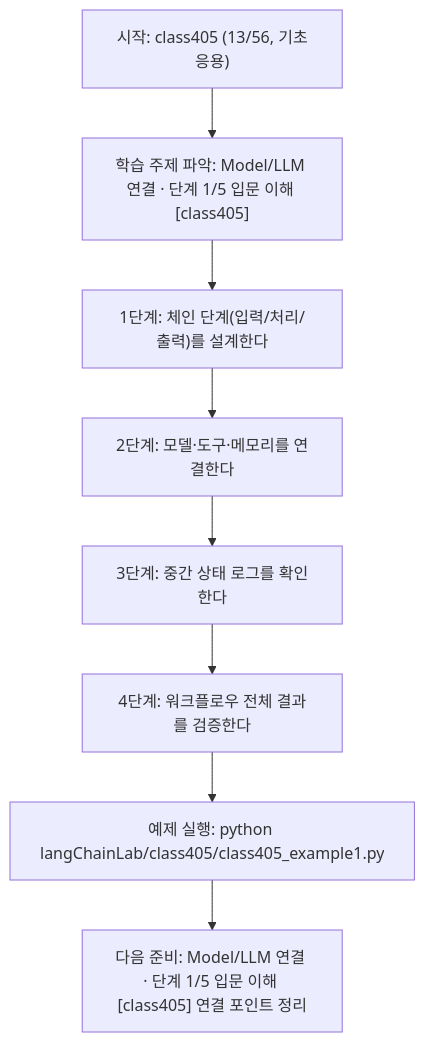
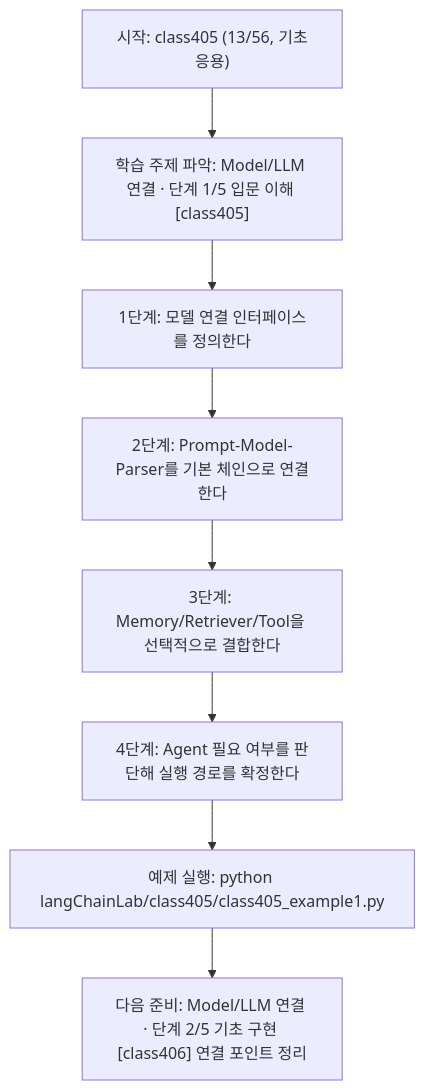
The diagram in langChainLab/class405/class405.md (edumgt/Python-AI_Agent-Class), drawn with Mermaid before and after one commit. The commit also changed other lines of this file and 395 other files, not shown here.

````diff
--- a/langChainLab/class405/class405.md
+++ b/langChainLab/class405/class405.md
@@ -110,18 +91,18 @@
 ```mermaid
 flowchart TD
 N1["시작: class405 (13/56, 기초응용)"]
 N2["학습 주제 파악: Model/LLM 연결 · 단계 1/5 입문 이해 [class405]"]
-N3["1단계: 체인 단계(입력/처리/출력)를 설계한다"]
-N4["2단계: 모델·도구·메모리를 연결한다"]
-N5["3단계: 중간 상태 로그를 확인한다"]
-N6["4단계: 워크플로우 전체 결과를 검증한다"]
+N3["1단계: 모델 연결 인터페이스를 정의한다"]
+N4["2단계: Prompt-Model-Parser를 기본 체인으로 연결한다"]
+N5["3단계: Memory/Retriever/Tool을 선택적으로 결합한다"]
+N6["4단계: Agent 필요 여부를 판단해 실행 경로를 확정한다"]
 N7["예제 실행: python langChainLab/class405/class405_example1.py"]
-N8["다음 준비: Model/LLM 연결 · 단계 1/5 입문 이해 [class405] 연결 포인트 정리"]
+N8["다음 준비: Model/LLM 연결 · 단계 2/5 기초 구현 [class406] 연결 포인트 정리"]
 N1 --> N2
 N2 --> N3
 N3 --> N4
 N4 --> N5
 N5 --> N6
 N6 --> N7
 N7 --> N8
 ```
````
